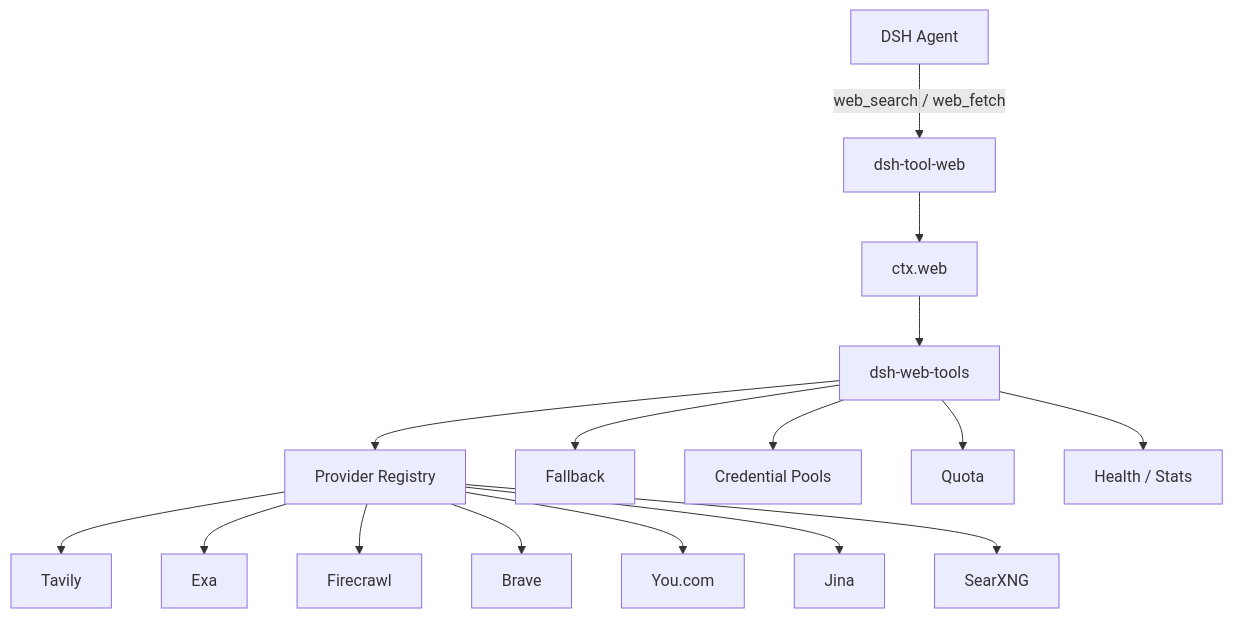
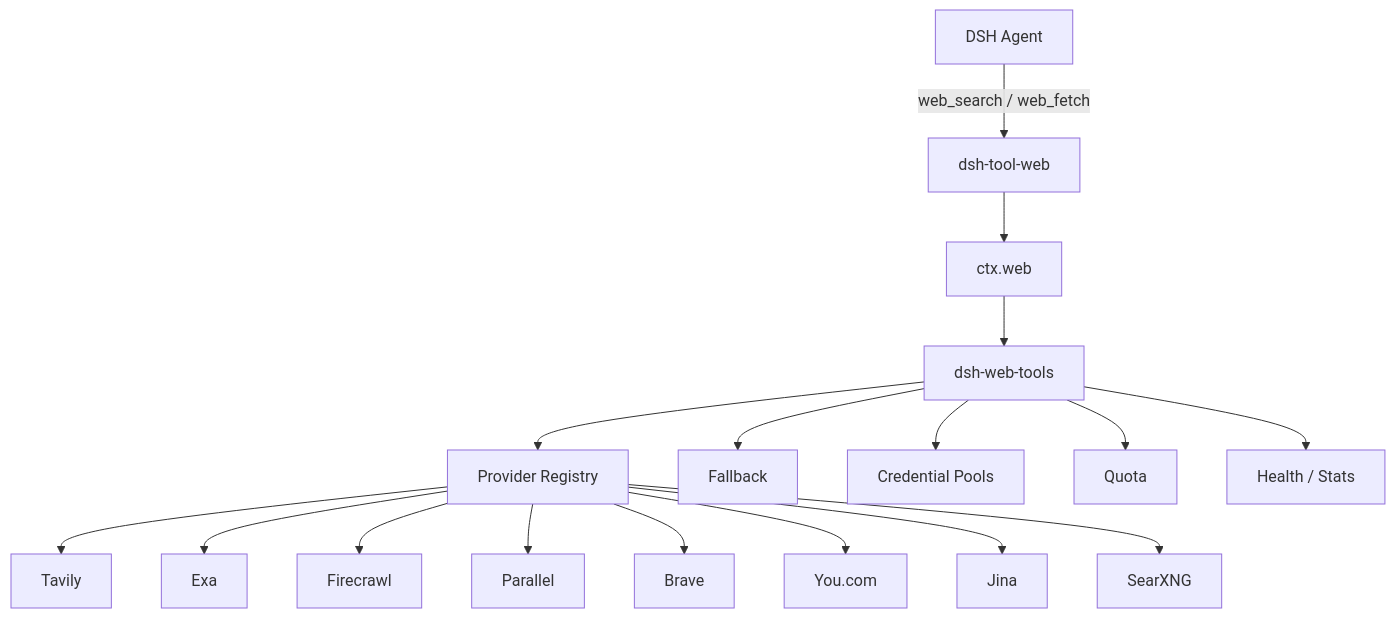
The first of 2 diagrams in README.md (A3Boy/dsh-web-tools), drawn with Mermaid before and after one commit. The commit also changed other lines of this file and 11 other files, not shown here.

````diff
--- a/README.md
+++ b/README.md
@@ -372,20 +377,21 @@
 ```mermaid
 flowchart TD
     Agent[DSH Agent] -->|web_search / web_fetch| Tool[dsh-tool-web]
     Tool --> Web[ctx.web]
     Web --> Hub[dsh-web-tools]
 
     Hub --> Registry[Provider Registry]
     Hub --> Fallback[Fallback]
     Hub --> Pools[Credential Pools]
     Hub --> Quota[Quota]
     Hub --> Stats[Health / Stats]
 
     Registry --> Tavily
     Registry --> Exa
     Registry --> Firecrawl
+    Registry --> Parallel
     Registry --> Brave
     Registry --> You[You.com]
     Registry --> Jina
     Registry --> SearXNG
 ```
````
